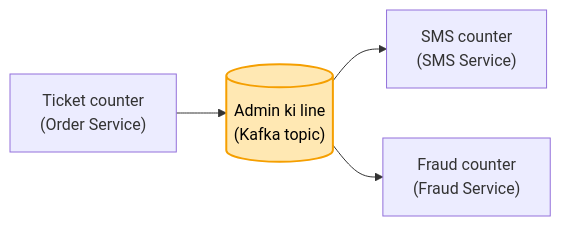
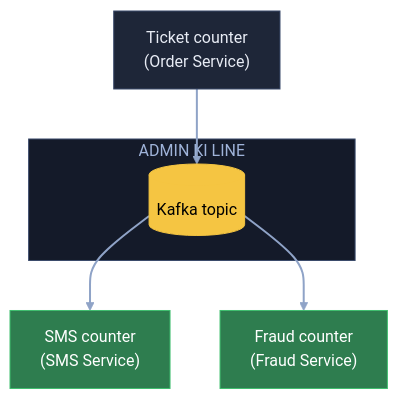
The first of 10 diagrams in 04_HLD/SYSTEM_DESIGNS/12_message_queue_kafka/12_message_queue_kafka.md (ArpanMaheshwari144/Prep), drawn with Mermaid before and after one commit. The commit also changed other lines of this file, not shown here.

Commit message:
Kafka: 10 diagram YouTube (reel) wale card andaaz me

````diff
--- a/04_HLD/SYSTEM_DESIGNS/12_message_queue_kafka/12_message_queue_kafka.md
+++ b/04_HLD/SYSTEM_DESIGNS/12_message_queue_kafka/12_message_queue_kafka.md
@@ -38,7 +38,18 @@
 ```mermaid
-flowchart LR
-    O["Ticket counter<br/>(Order Service)"] --> K[("Admin ki line<br/>(Kafka topic)")]
-    K --> S["SMS counter<br/>(SMS Service)"]
-    K --> F["Fraud counter<br/>(Fraud Service)"]
-    style K fill:#ffe8b3,stroke:#f59f00,stroke-width:2px,color:#000
+flowchart TB
+    O["Ticket counter<br/>(Order Service)"]:::card
+    subgraph AL["ADMIN KI LINE"]
+        K[("Kafka topic")]:::pill
+    end
+    S["SMS counter<br/>(SMS Service)"]:::good
+    F["Fraud counter<br/>(Fraud Service)"]:::good
+    O --> K
+    K --> S
+    K --> F
+    linkStyle default stroke:#8fa3c7,stroke-width:2px
+    classDef card fill:#1e2638,stroke:#3a4a6b,color:#e8ecf5
+    classDef pill fill:#f5c542,stroke:#f5c542,color:#000
+    classDef good fill:#2e7d4f,stroke:#3fbf6f,color:#fff
+    classDef bad fill:#5c1f24,stroke:#e05561,color:#fff
+    style AL fill:#141a29,stroke:#3a4a6b,color:#9fb3d9
 ```
````
